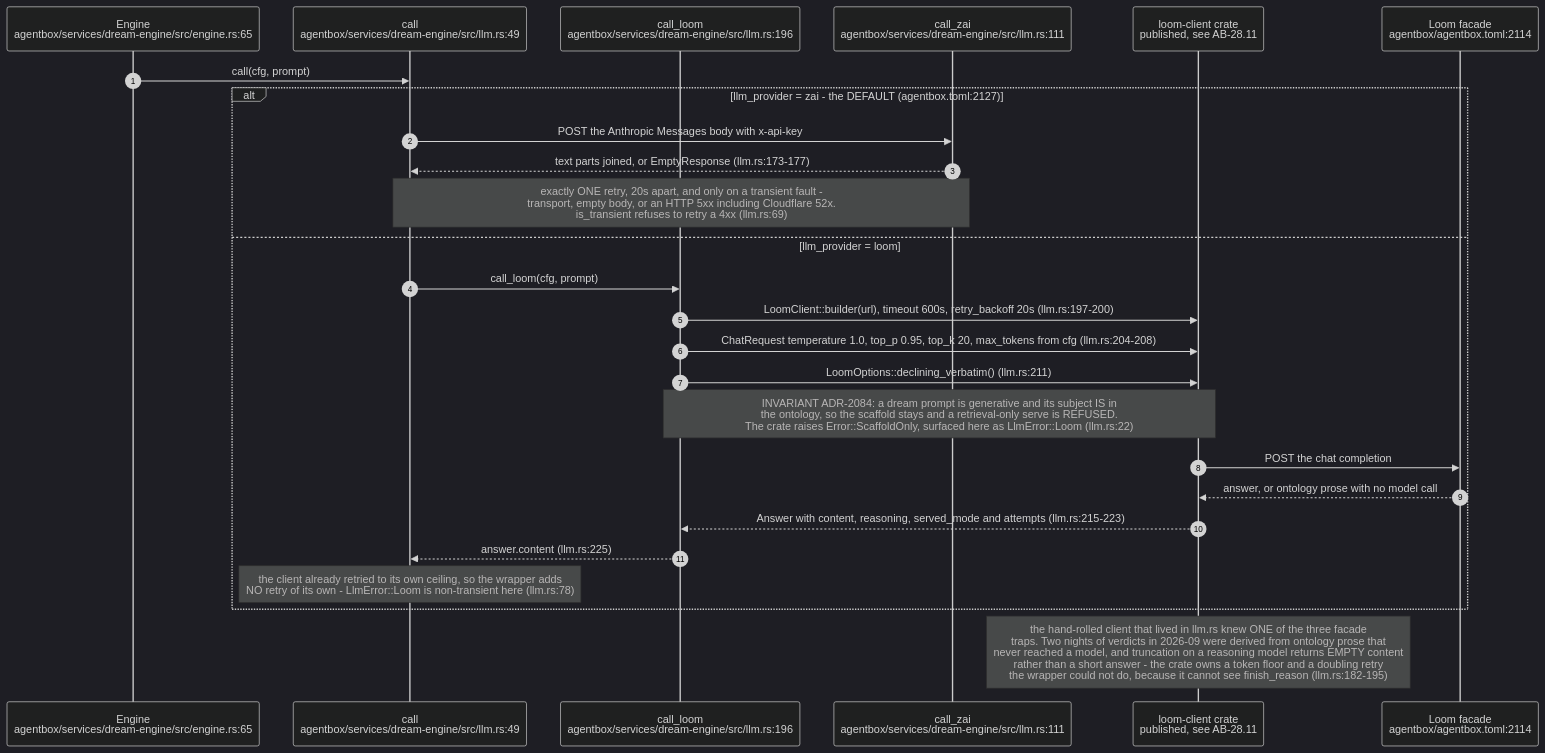
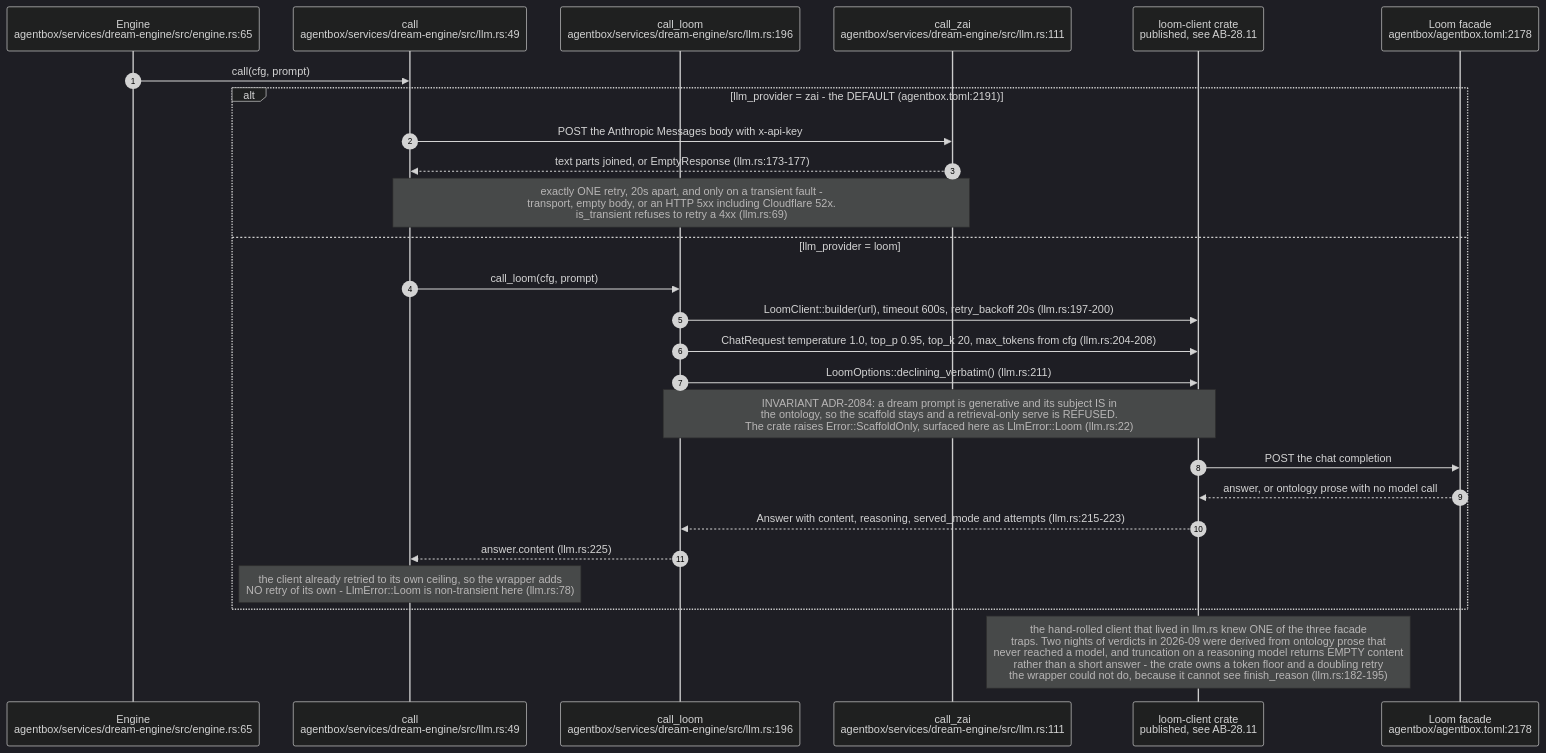
One commit to DreamLab-AI/VisionFlow changed diagram 15 of 20 in docs/diagrams/agentbox/23-dream-engine.md. Above: the diagram before and after it, drawn with Mermaid (dark theme). The commit also changed other lines of this file and 14 other files, not shown here.

First line of the commit message:
docs(diagrams): custody role isolation — new AB-36, re-stamp 11 topics at the custody integration head

````diff
--- a/docs/diagrams/agentbox/23-dream-engine.md
+++ b/docs/diagrams/agentbox/23-dream-engine.md
@@ -792,29 +797,29 @@
 ```mermaid
 sequenceDiagram
     autonumber
     participant ENG as Engine<br/>agentbox/services/dream-engine/src/engine.rs:65
     participant CALL as call<br/>agentbox/services/dream-engine/src/llm.rs:49
     participant LOOM as call_loom<br/>agentbox/services/dream-engine/src/llm.rs:196
     participant ZAI as call_zai<br/>agentbox/services/dream-engine/src/llm.rs:111
     participant CRATE as loom-client crate<br/>published, see AB-28.11
-    participant F as Loom facade<br/>agentbox/agentbox.toml:2114
+    participant F as Loom facade<br/>agentbox/agentbox.toml:2178
 
     ENG->>CALL: call(cfg, prompt)
-    alt llm_provider = zai - the DEFAULT (agentbox.toml:2127)
+    alt llm_provider = zai - the DEFAULT (agentbox.toml:2191)
         CALL->>ZAI: POST the Anthropic Messages body with x-api-key
         ZAI-->>CALL: text parts joined, or EmptyResponse (llm.rs:173-177)
         Note over CALL,ZAI: exactly ONE retry, 20s apart, and only on a transient fault -<br/>transport, empty body, or an HTTP 5xx including Cloudflare 52x.<br/>is_transient refuses to retry a 4xx (llm.rs:69)
     else llm_provider = loom
         CALL->>LOOM: call_loom(cfg, prompt)
         LOOM->>CRATE: LoomClient::builder(url), timeout 600s, retry_backoff 20s (llm.rs:197-200)
         LOOM->>CRATE: ChatRequest temperature 1.0, top_p 0.95, top_k 20, max_tokens from cfg (llm.rs:204-208)
         LOOM->>CRATE: LoomOptions::declining_verbatim() (llm.rs:211)
         Note over LOOM,CRATE: INVARIANT ADR-2084: a dream prompt is generative and its subject IS in<br/>the ontology, so the scaffold stays and a retrieval-only serve is REFUSED.<br/>The crate raises Error::ScaffoldOnly, surfaced here as LlmError::Loom (llm.rs:22)
         CRATE->>F: POST the chat completion
         F-->>CRATE: answer, or ontology prose with no model call
         CRATE-->>LOOM: Answer with content, reasoning, served_mode and attempts (llm.rs:215-223)
         LOOM-->>CALL: answer.content (llm.rs:225)
         Note over CALL: the client already retried to its own ceiling, so the wrapper adds<br/>NO retry of its own - LlmError::Loom is non-transient here (llm.rs:78)
     end
     Note over CRATE: the hand-rolled client that lived in llm.rs knew ONE of the three facade<br/>traps. Two nights of verdicts in 2026-09 were derived from ontology prose that<br/>never reached a model, and truncation on a reasoning model returns EMPTY content<br/>rather than a short answer - the crate owns a token floor and a doubling retry<br/>the wrapper could not do, because it cannot see finish_reason (llm.rs:182-195)
 ```
````
